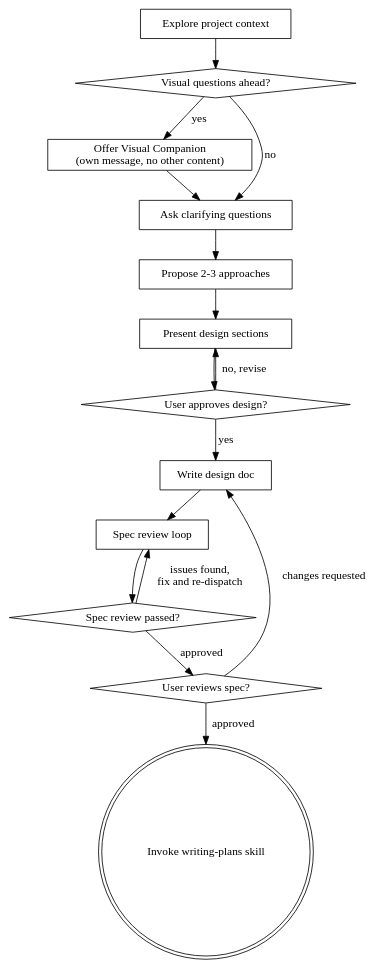
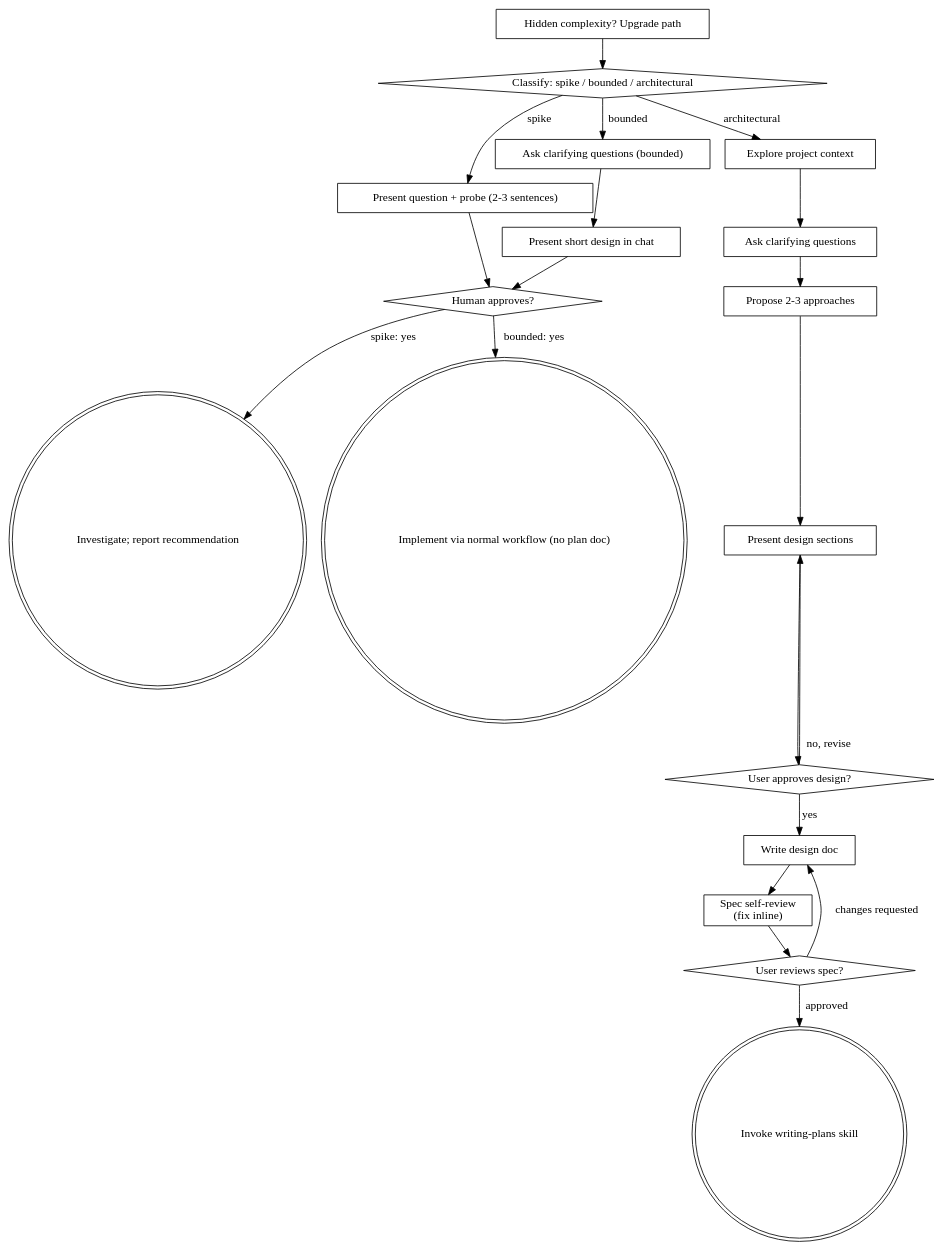
One commit to yuqiusuo/my-skills changed the diagram in brainstorming/SKILL.md. Above: the diagram before and after it, drawn with Graphviz. The commit also changed other lines of this file and 1270 other files, not shown here.

````diff
--- a/brainstorming/SKILL.md
+++ b/brainstorming/SKILL.md
@@ -36,32 +107,41 @@
 ```dot
 digraph brainstorming {
+    "Classify: spike / bounded / architectural" [shape=diamond];
+    "Present question + probe (2-3 sentences)" [shape=box];
+    "Ask clarifying questions (bounded)" [shape=box];
+    "Present short design in chat" [shape=box];
+    "Human approves?" [shape=diamond];
+    "Investigate; report recommendation" [shape=doublecircle];
+    "Implement via normal workflow (no plan doc)" [shape=doublecircle];
     "Explore project context" [shape=box];
-    "Visual questions ahead?" [shape=diamond];
-    "Offer Visual Companion\n(own message, no other content)" [shape=box];
     "Ask clarifying questions" [shape=box];
     "Propose 2-3 approaches" [shape=box];
     "Present design sections" [shape=box];
     "User approves design?" [shape=diamond];
     "Write design doc" [shape=box];
-    "Spec review loop" [shape=box];
-    "Spec review passed?" [shape=diamond];
+    "Spec self-review\n(fix inline)" [shape=box];
     "User reviews spec?" [shape=diamond];
     "Invoke writing-plans skill" [shape=doublecircle];
+    "Hidden complexity? Upgrade path" [shape=box];
 
-    "Explore project context" -> "Visual questions ahead?";
-    "Visual questions ahead?" -> "Offer Visual Companion\n(own message, no other content)" [label="yes"];
-    "Visual questions ahead?" -> "Ask clarifying questions" [label="no"];
-    "Offer Visual Companion\n(own message, no other content)" -> "Ask clarifying questions";
+    "Classify: spike / bounded / architectural" -> "Present question + probe (2-3 sentences)" [label="spike"];
+    "Classify: spike / bounded / architectural" -> "Ask clarifying questions (bounded)" [label="bounded"];
+    "Classify: spike / bounded / architectural" -> "Explore project context" [label="architectural"];
+    "Present question + probe (2-3 sentences)" -> "Human approves?";
+    "Ask clarifying questions (bounded)" -> "Present short design in chat";
+    "Present short design in chat" -> "Human approves?";
+    "Human approves?" -> "Investigate; report recommendation" [label="spike: yes"];
+    "Human approves?" -> "Implement via normal workflow (no plan doc)" [label="bounded: yes"];
+    "Hidden complexity? Upgrade path" -> "Classify: spike / bounded / architectural";
+    "Explore project context" -> "Ask clarifying questions";
     "Ask clarifying questions" -> "Propose 2-3 approaches";
     "Propose 2-3 approaches" -> "Present design sections";
     "Present design sections" -> "User approves design?";
     "User approves design?" -> "Present design sections" [label="no, revise"];
     "User approves design?" -> "Write design doc" [label="yes"];
-    "Write design doc" -> "Spec review loop";
-    "Spec review loop" -> "Spec review passed?";
-    "Spec review passed?" -> "Spec review loop" [label="issues found,\nfix and re-dispatch"];
-    "Spec review passed?" -> "User reviews spec?" [label="approved"];
+    "Write design doc" -> "Spec self-review\n(fix inline)";
+    "Spec self-review\n(fix inline)" -> "User reviews spec?";
     "User reviews spec?" -> "Write design doc" [label="changes requested"];
     "User reviews spec?" -> "Invoke writing-plans skill" [label="approved"];
 }
 ```
````
